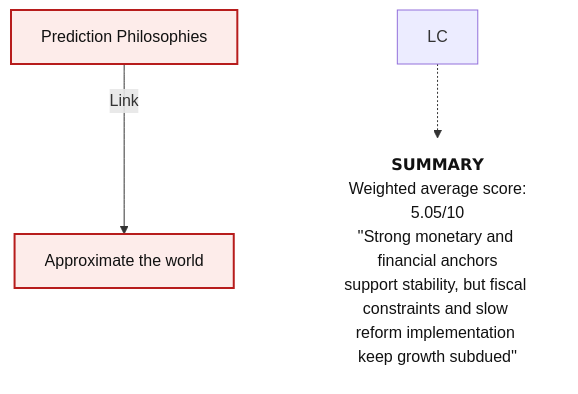
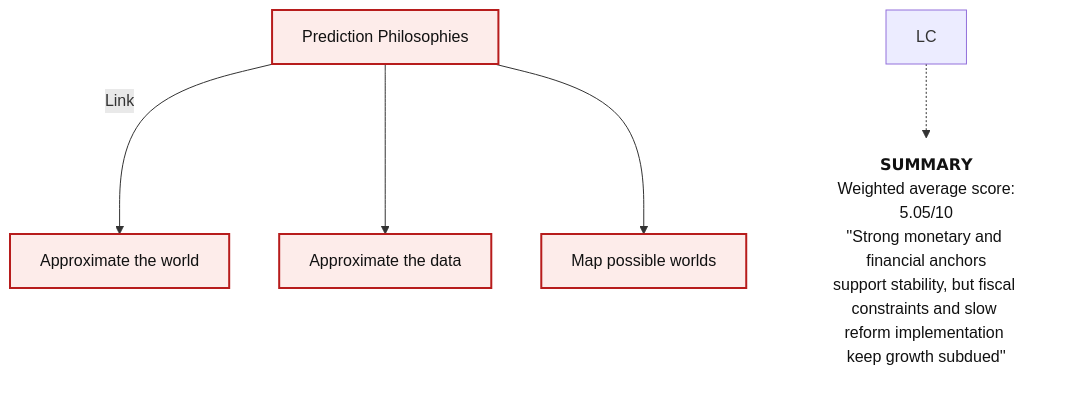
One commit to Tellusant/docs changed the diagram in articles-posts/predictive-model-evaluation-framework.md. Above: the diagram before and after it, drawn with Mermaid.

```diff
--- a/articles-posts/predictive-model-evaluation-framework.md
+++ b/articles-posts/predictive-model-evaluation-framework.md
@@ -26,30 +26,34 @@
 <div class="mermaid">
 
 flowchart TD
 
 %% ========= NODES =========
 FP["Prediction Philosophies"]:::risk
 AW["Approximate the world"]:::risk
-
+AD["Approximate the data"]:::risk
+PW["Map possible worlds"]:::risk
 
 %% ========= RELATIONSHIPS =========
 FP -->|Link| AW
+FP --> AD
+FP --> PW
+
 
 
 %% ========= INVISIBLE LAYOUT CONTROL =========
 ANCHOR[" "]:::anchor
 
 %% ========= SUMMARY (FORCED BELOW, NO VISIBLE ARROWS) =========
 SUM["𝗦𝗨𝗠𝗠𝗔𝗥𝗬<br/>Weighted average score:<br/>5.05/10<br/>''Strong monetary and financial anchors
 support stability, but fiscal constraints and slow reform implementation keep growth subdued''"]:::summary
 LC -.-> SUM:::anchor
 
 %% ========= STYLES =========
 classDef strong  fill:#E8F5E9,stroke:#1B5E20,stroke-width:2px,color:#111;
 classDef neutral fill:#E3F2FD,stroke:#0D47A1,stroke-width:2px,color:#111;
 classDef mixed   fill:#FFF8E1,stroke:#FF6F00,stroke-width:2px,color:#111;
 classDef risk    fill:#FDECEA,stroke:#B71C1C,stroke-width:2px,color:#111;
 classDef summary fill:#F5F5F5,stroke:#424242,stroke-width:2px,color:#111;
 classDef anchor fill:transparent,stroke:transparent;
 
 </div>
```
